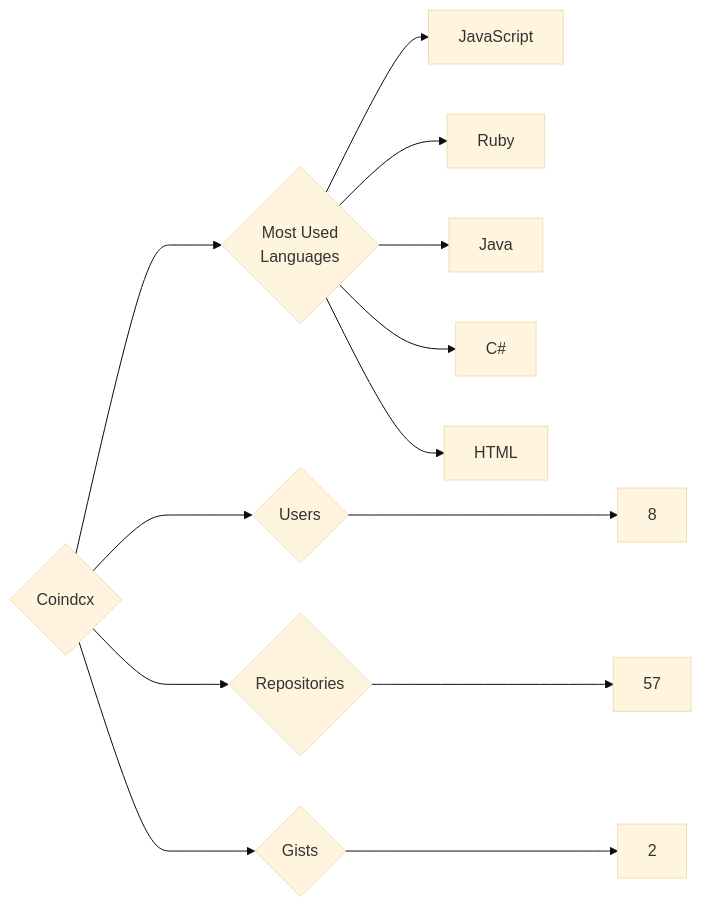
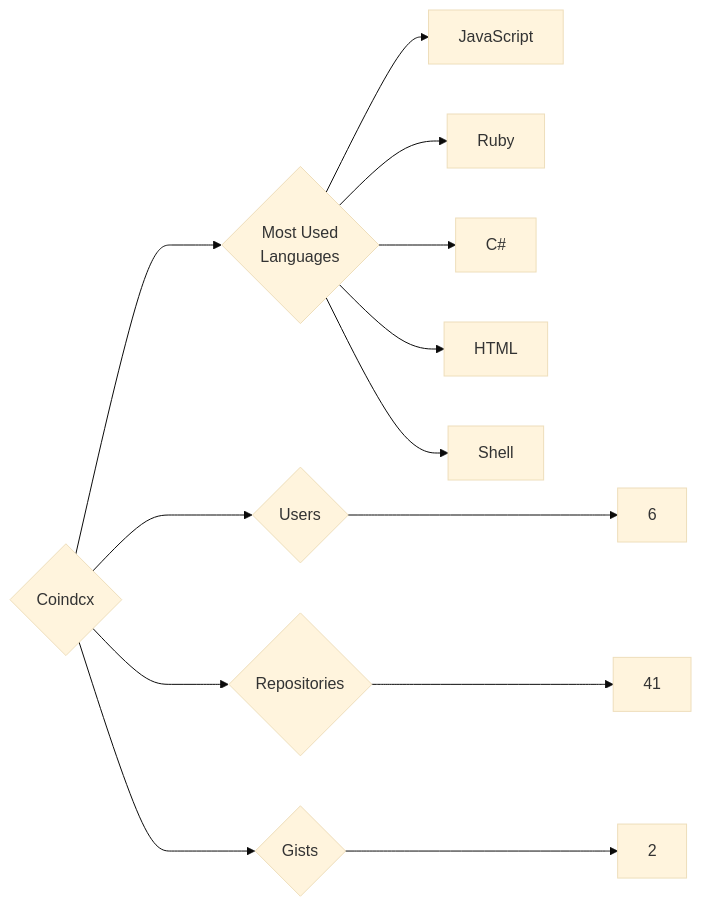
Before and after one commit to trickest/insiders: the diagram in targets/Coindcx/README.md, drawn with Mermaid (base theme). The commit also changed 934 other files, not shown here.

````diff
--- a/targets/Coindcx/README.md
+++ b/targets/Coindcx/README.md
@@ -3,13 +3,13 @@
 ```mermaid
 graph LR
 COMPANY_NAME{Coindcx}
-COMPANY_NAME ---> U{Users} ---> UN[8]
-COMPANY_NAME ---> R{Repositories} ---> RN[57]
+COMPANY_NAME ---> U{Users} ---> UN[6]
+COMPANY_NAME ---> R{Repositories} ---> RN[41]
 COMPANY_NAME ---> G{Gists} ---> GN[2]
 COMPANY_NAME ---> ML{Most Used<br>Languages}
 ML --> JavaScript[JavaScript]
 ML --> Ruby[Ruby]
-ML --> Java[Java]
 ML --> C#[C#]
 ML --> HTML[HTML]
+ML --> Shell[Shell]
 ```
````
